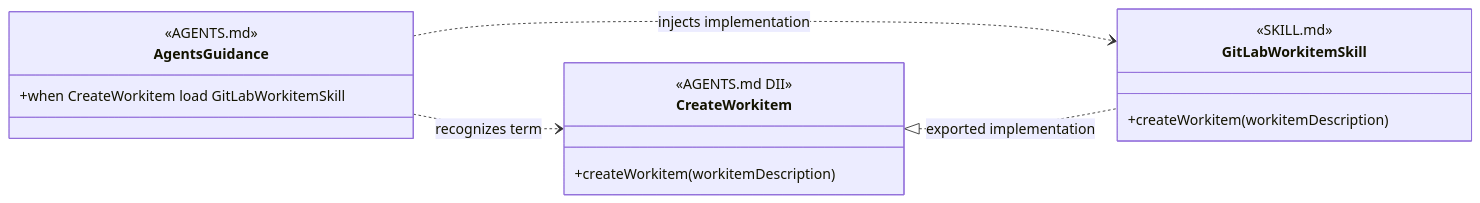
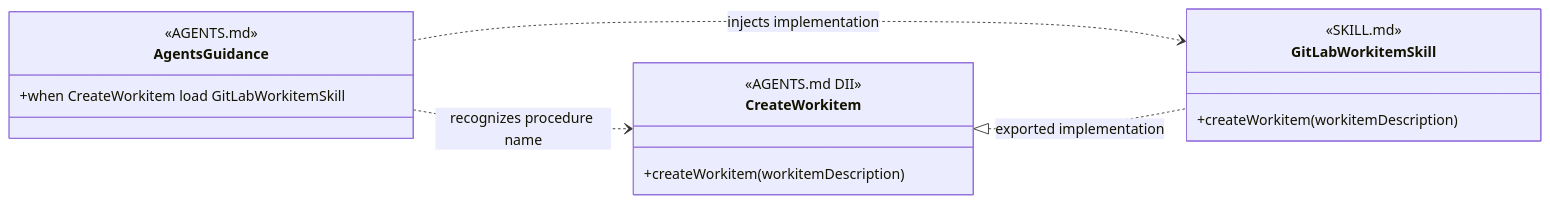
The fifth of 10 diagrams in design/object-oriented-agent-and-skill-model.md (martinbechard/dev-methodology), drawn with Mermaid before and after one commit. The commit also changed other lines of this file and 2 other files, not shown here.

Commit message:
Express skill links as procedure names

````diff
--- a/design/object-oriented-agent-and-skill-model.md
+++ b/design/object-oriented-agent-and-skill-model.md
@@ -198,24 +200,24 @@
 ```mermaid
 classDiagram
     direction LR
 
     class CreateWorkitem {
         <<AGENTS.md DII>>
         +createWorkitem(workitemDescription)
     }
 
     class AgentsGuidance {
         <<AGENTS.md>>
         +when CreateWorkitem load GitLabWorkitemSkill
     }
 
     class GitLabWorkitemSkill {
         <<SKILL.md>>
         <<Injectable Skill>>
         +createWorkitem(workitemDescription)
     }
 
-    AgentsGuidance ..> CreateWorkitem : recognizes term
+    AgentsGuidance ..> CreateWorkitem : recognizes procedure name
     AgentsGuidance ..> GitLabWorkitemSkill : injects implementation
     CreateWorkitem <|.. GitLabWorkitemSkill : exported implementation
 ```
````
